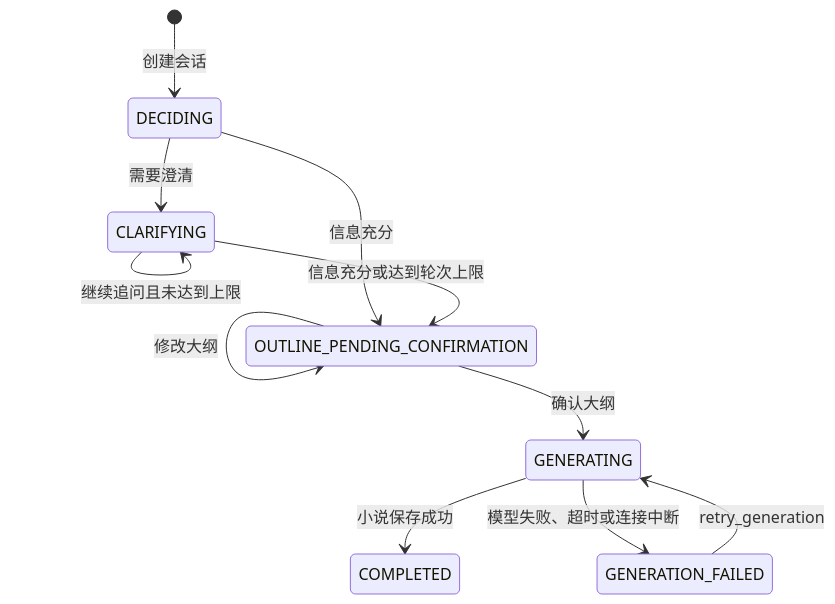
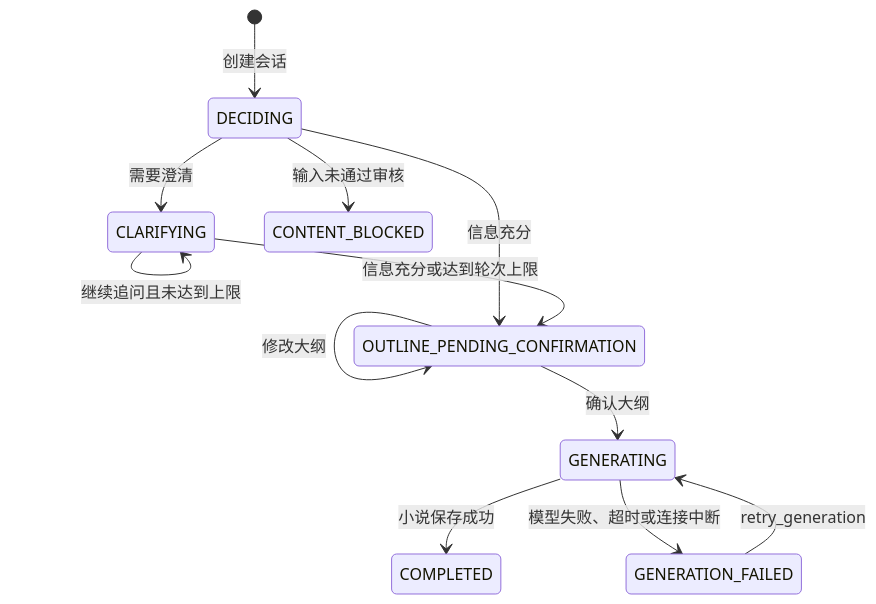
The second of 4 diagrams in docs/service-architecture-and-api.md (qascw159/short-novel-debug-console), drawn with Mermaid before and after one commit. The commit also changed other lines of this file and 2 other files, not shown here.

````diff
--- a/docs/service-architecture-and-api.md
+++ b/docs/service-architecture-and-api.md
@@ -102,13 +111,14 @@
 ```mermaid
 stateDiagram-v2
     [*] --> DECIDING: 创建会话
     DECIDING --> CLARIFYING: 需要澄清
+    DECIDING --> CONTENT_BLOCKED: 输入未通过审核
     CLARIFYING --> CLARIFYING: 继续追问且未达到上限
     DECIDING --> OUTLINE_PENDING_CONFIRMATION: 信息充分
     CLARIFYING --> OUTLINE_PENDING_CONFIRMATION: 信息充分或达到轮次上限
     OUTLINE_PENDING_CONFIRMATION --> OUTLINE_PENDING_CONFIRMATION: 修改大纲
     OUTLINE_PENDING_CONFIRMATION --> GENERATING: 确认大纲
     GENERATING --> COMPLETED: 小说保存成功
     GENERATING --> GENERATION_FAILED: 模型失败、超时或连接中断
     GENERATION_FAILED --> GENERATING: retry_generation
 ```
````
